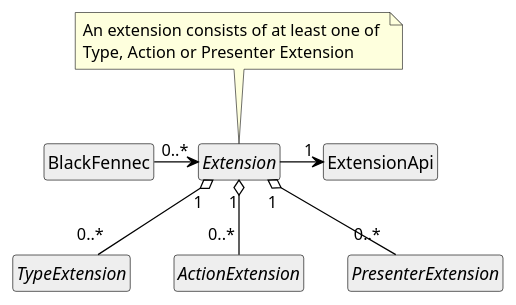
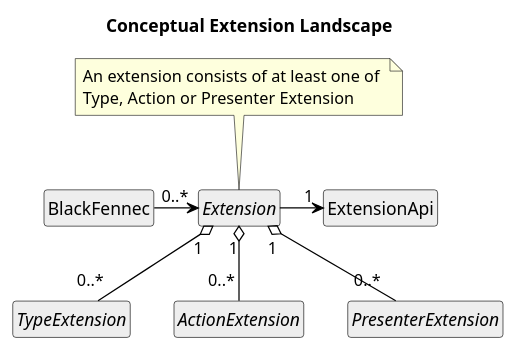
One commit to blackfennec-org/blackfennec changed the first of 2 diagrams in docs/source/extensions/index.rst. Above: the diagram before and after it, drawn with PlantUML. The commit also changed other lines of this file and 3 other files, not shown here.

```diff
--- a/docs/source/extensions/index.rst
+++ b/docs/source/extensions/index.rst
@@ -7,41 +7,43 @@
 .. uml::
 
     @startuml
     hide circle
     hide members
     hide methods
+
+    title Conceptual Extension Landscape
 
     skinparam class {
         BackgroundColor #EEE
         ArrowColor Black
         BorderColor Black
     }
 
     class BlackFennec {}
 
     BlackFennec -> "0..*" Extension
 
     interface Extension {
         load(extension_api)
         unload()
     }
 
     note top of Extension: An extension consists of at least one of \nType, Action or Presenter Extension
 
     Extension -> "1" ExtensionApi
 
     class ExtensionApi {
         register_type(bidder, view_factory)
         register_action(type, action)
         register_presenter(description, view_factory)
     }
 
     abstract class TypeExtension {}
     Extension "1" o-- "0..*" TypeExtension
 
     abstract class ActionExtension {}
     Extension "1" o-- "0..*" ActionExtension
 
     abstract class PresenterExtension {}
     Extension "1" o-- "0..*" PresenterExtension
     @enduml
```
